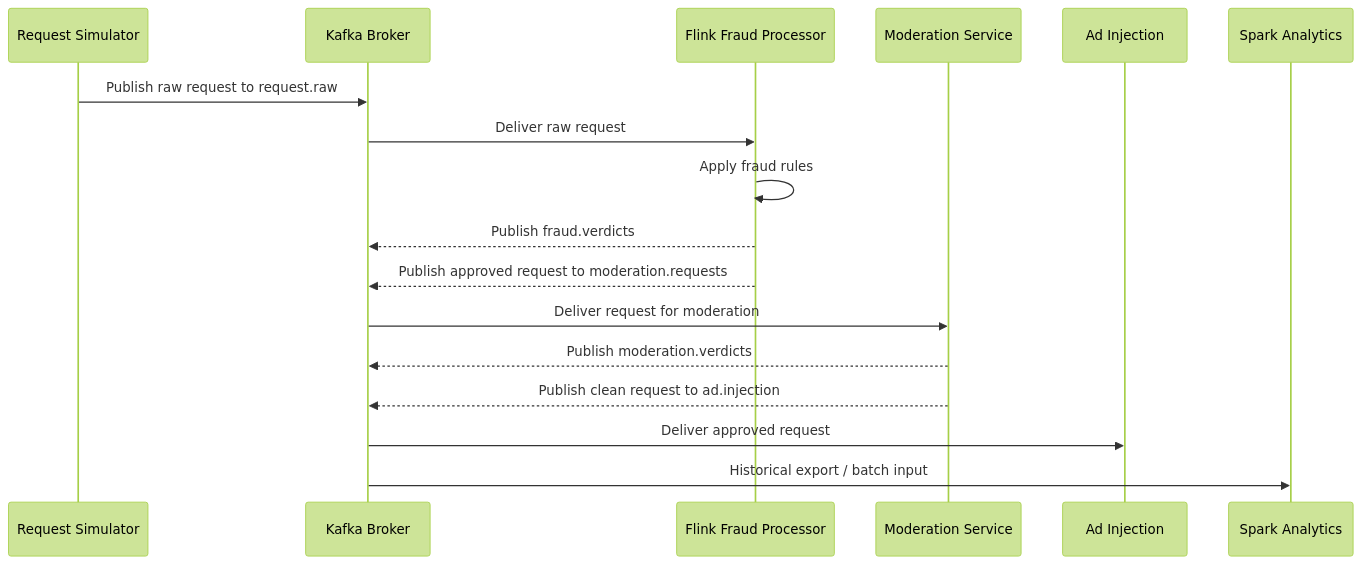
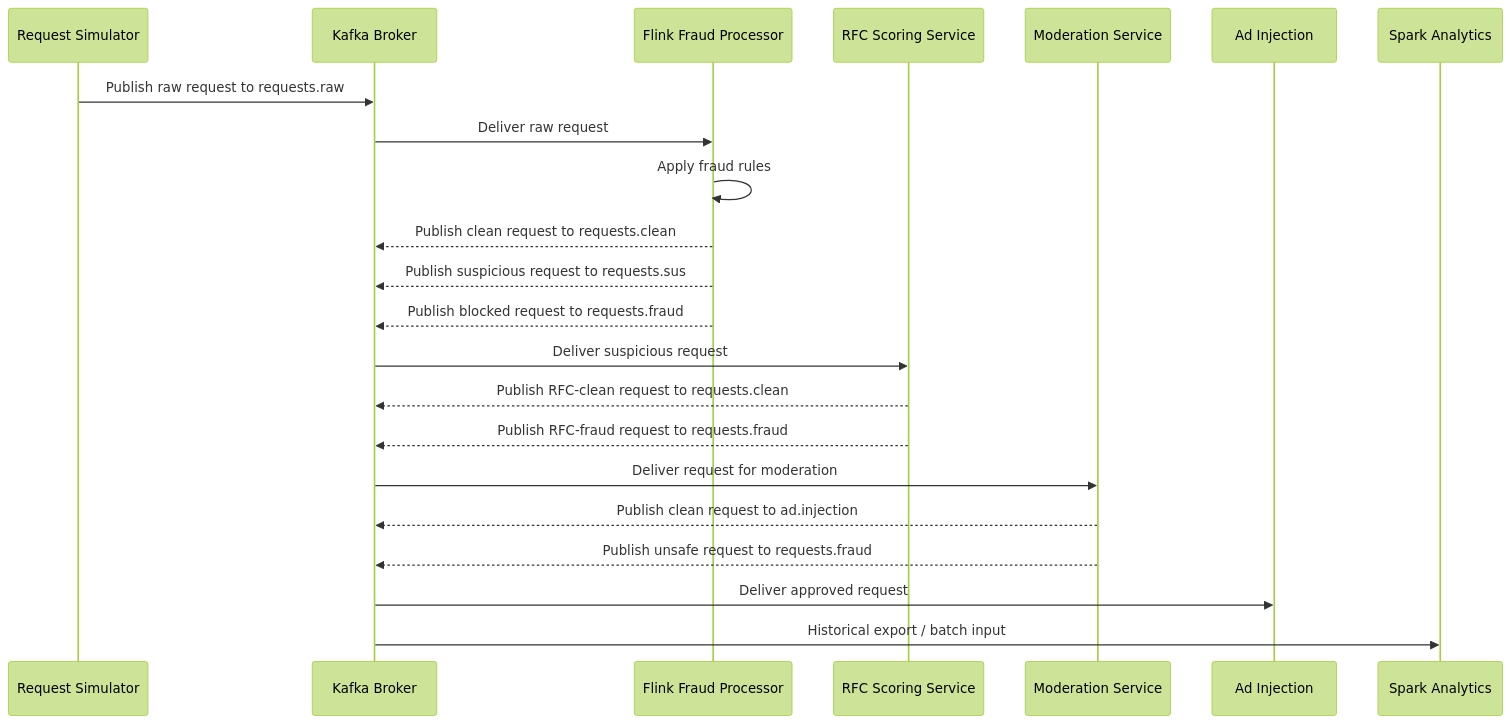
Before and after one commit to IamMistake/ai-ad-request-safety-pipeline: the diagram in docs/event_flow.md, drawn with Mermaid (forest theme). The commit also changed other lines of this file and 27 other files, not shown here.

Commit message:
document new architecture phase one

````diff
--- a/docs/event_flow.md
+++ b/docs/event_flow.md
@@ -5,20 +5,25 @@
 ```mermaid
 sequenceDiagram
     participant Sim as Request Simulator
     participant Kafka as Kafka Broker
     participant Flink as Flink Fraud Processor
+    participant RFC as RFC Scoring Service
     participant Mod as Moderation Service
     participant Ad as Ad Injection
     participant Spark as Spark Analytics
 
-    Sim->>Kafka: Publish raw request to request.raw
+    Sim->>Kafka: Publish raw request to requests.raw
     Kafka->>Flink: Deliver raw request
     Flink->>Flink: Apply fraud rules
-    Flink-->>Kafka: Publish fraud.verdicts
-    Flink-->>Kafka: Publish approved request to moderation.requests
+    Flink-->>Kafka: Publish clean request to requests.clean
+    Flink-->>Kafka: Publish suspicious request to requests.sus
+    Flink-->>Kafka: Publish blocked request to requests.fraud
+    Kafka->>RFC: Deliver suspicious request
+    RFC-->>Kafka: Publish RFC-clean request to requests.clean
+    RFC-->>Kafka: Publish RFC-fraud request to requests.fraud
     Kafka->>Mod: Deliver request for moderation
-    Mod-->>Kafka: Publish moderation.verdicts
     Mod-->>Kafka: Publish clean request to ad.injection
+    Mod-->>Kafka: Publish unsafe request to requests.fraud
     Kafka->>Ad: Deliver approved request
     Kafka->>Spark: Historical export / batch input
 ```
````
